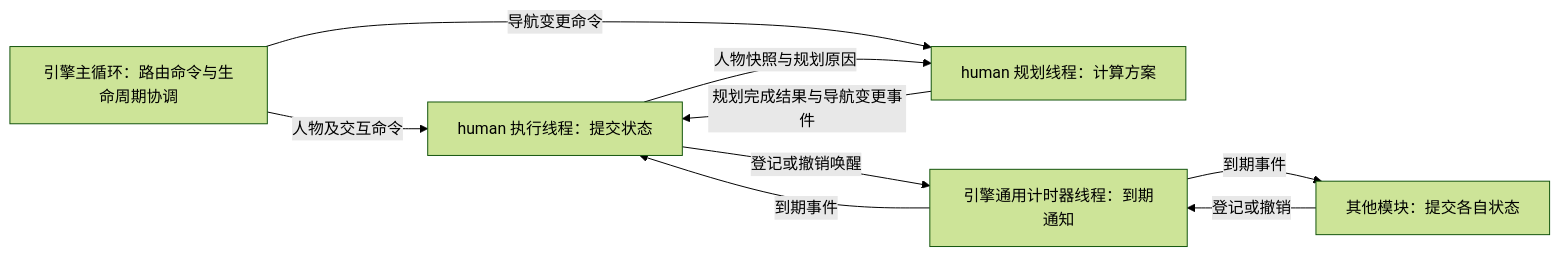
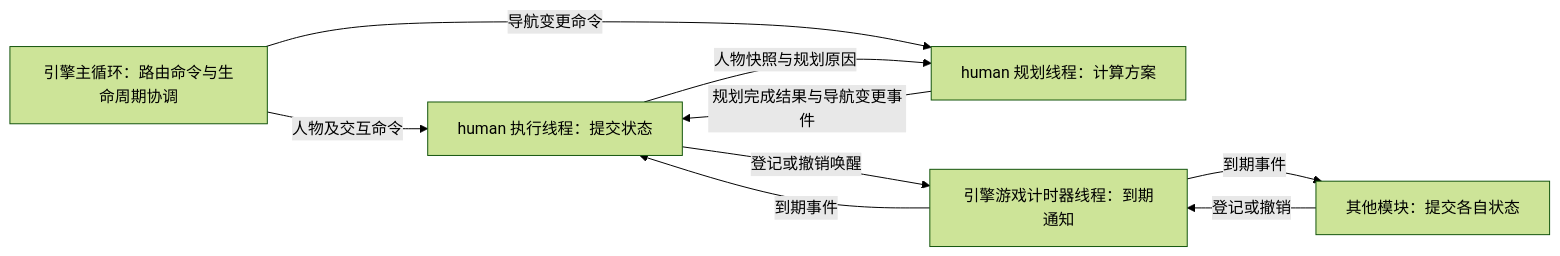
Before and after one commit to wenchuanli1989/island-nation-2: the diagram in human-ai.md, drawn with Mermaid (forest theme). The commit also changed other lines of this file and 35 other files, not shown here.

Commit message:
refactor: 将引擎 Timer 统一重命名为 GameTimer

````diff
--- a/human-ai.md
+++ b/human-ai.md
@@ -145,16 +145,16 @@
 ```mermaid
 flowchart LR
     Main[引擎主循环：路由命令与生命周期协调]
     Execute[human 执行线程：提交状态]
     Plan[human 规划线程：计算方案]
-    Timer[引擎通用计时器线程：到期通知]
+    GameTimer[引擎游戏计时器线程：到期通知]
     Other[其他模块：提交各自状态]
     Main -->|人物及交互命令| Execute
     Main -->|导航变更命令| Plan
     Execute -->|人物快照与规划原因| Plan
     Plan -->|规划完成结果与导航变更事件| Execute
-    Execute -->|登记或撤销唤醒| Timer
-    Timer -->|到期事件| Execute
-    Other -->|登记或撤销| Timer
-    Timer -->|到期事件| Other
+    Execute -->|登记或撤销唤醒| GameTimer
+    GameTimer -->|到期事件| Execute
+    Other -->|登记或撤销| GameTimer
+    GameTimer -->|到期事件| Other
 ```
````
